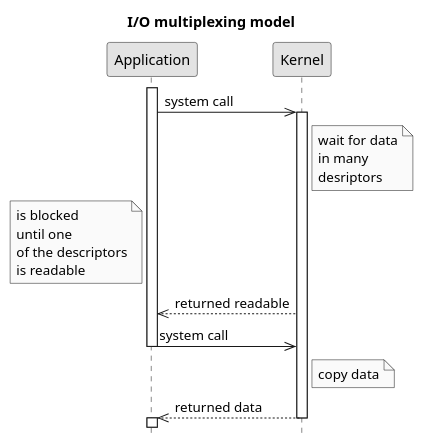
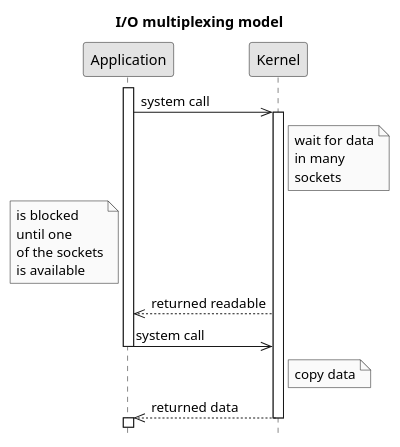
Before and after one commit to c0p4c4b4n4/demo-sockets-io-nio-nio2: the diagram in doc/plantuml/3. IO multiplexing model.puml, drawn with PlantUML. The commit also changed 6 other files, not shown here.

```diff
--- a/doc/plantuml/3. IO multiplexing model.puml
+++ b/doc/plantuml/3. IO multiplexing model.puml
@@ -1,18 +1,18 @@
 @startuml
 title I/O multiplexing model
 hide footbox
 skinparam monochrome true
 skinparam shadowing false
 activate Application
 Application->>Kernel: system call
 activate Kernel
-Note right of Kernel: wait for data\nin many\ndesriptors
-Note left of Application: is blocked\nuntil one\nof the descriptors\nis readable
+Note right of Kernel: wait for data\nin many\nsockets
+Note left of Application: is blocked\nuntil one\nof the sockets\nis available
 Kernel-->>Application: returned readable
 Application->>Kernel: system call
 deactivate Application
 Note right of Kernel: copy data
 Kernel-->>Application: returned data
 deactivate Kernel
 activate Application
 @enduml
```
